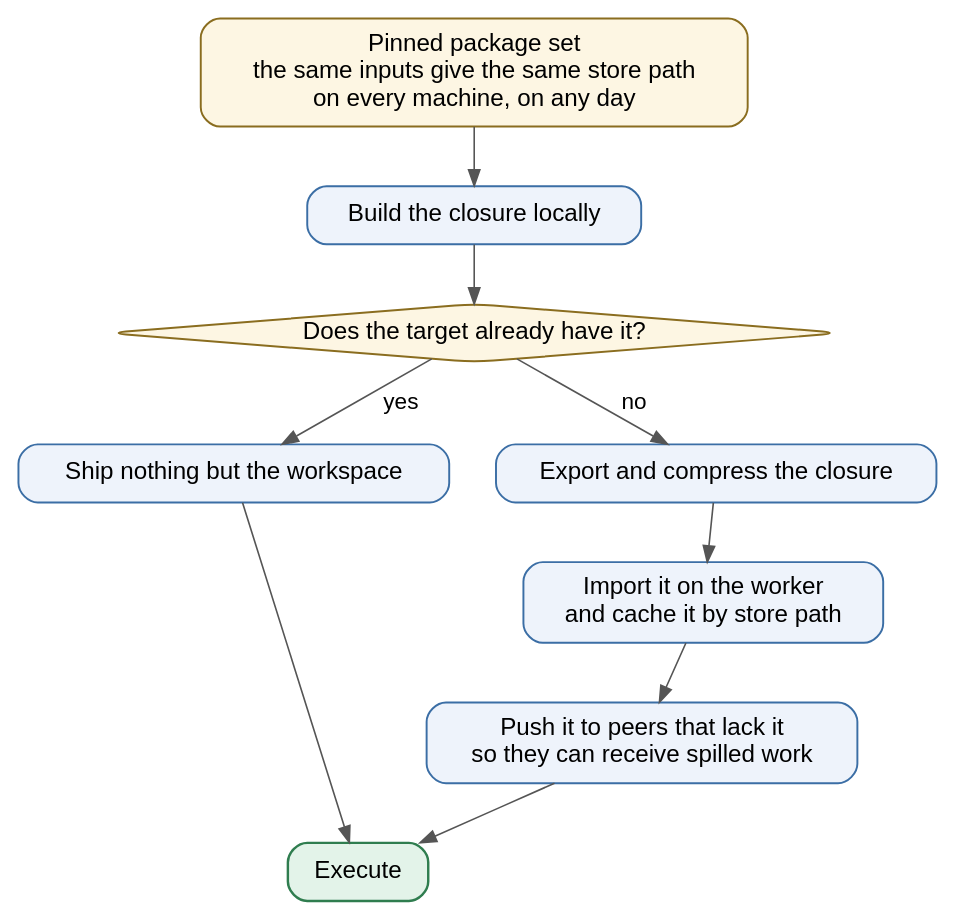
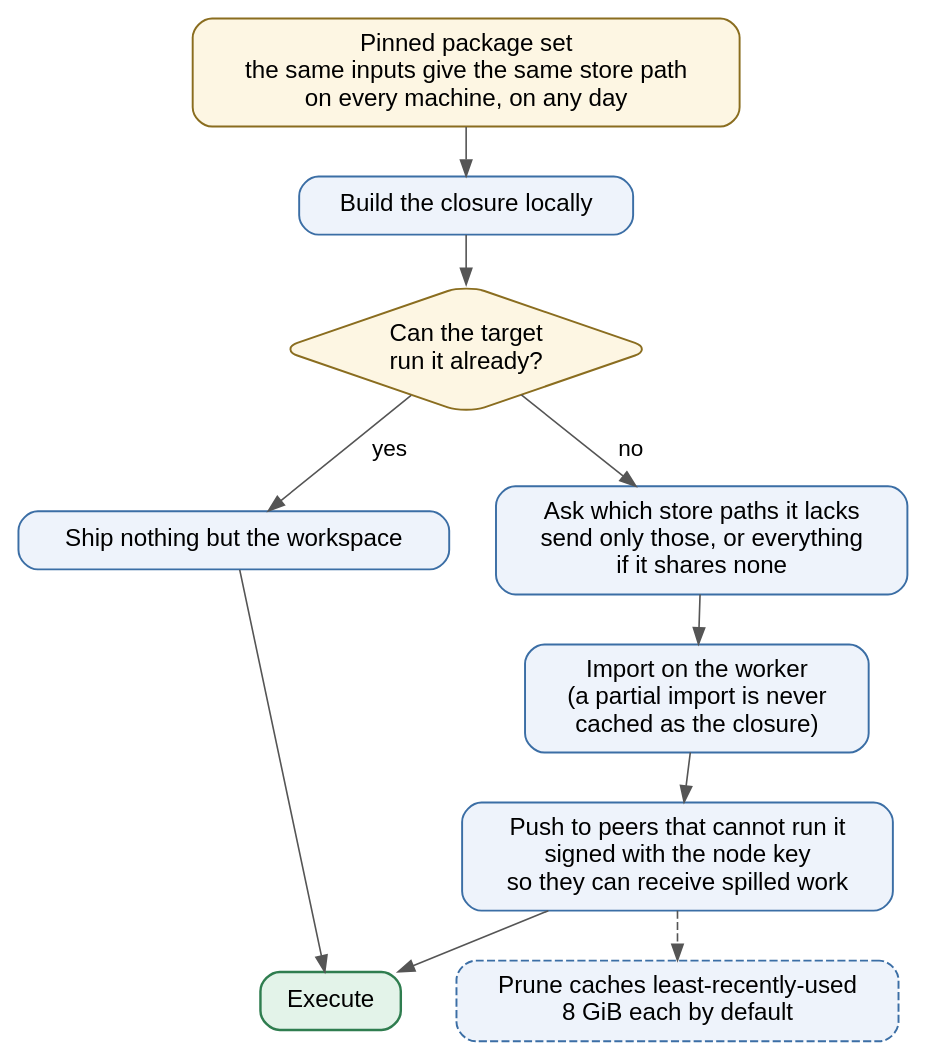
The diagram in docs/diagrams/src/fig_4.6_closure_cache.dot (vinayakyadav2709/Pipedpeer), drawn with Graphviz before and after one commit. The commit also changed 72 other files, not shown here.

```diff
--- a/docs/diagrams/src/fig_4.6_closure_cache.dot
+++ b/docs/diagrams/src/fig_4.6_closure_cache.dot
@@ -1,27 +1,29 @@
-// Figure 4.4 - Closure transfer: the store path is the cluster-wide cache key.
-// Two columns rather than one, so the figure is not a full page tall.
+// Figure 4.6 - Closure transfer: the store path is the cache key, and the
+// store path is also the unit of transfer.
 digraph ClosureCache {
-  rankdir=TB; bgcolor="white"; nodesep=0.40; ranksep=0.48;
+  rankdir=TB; bgcolor="white"; nodesep=0.40; ranksep=0.42;
   node [fontname="Helvetica", fontsize=15, shape=box, style="rounded,filled",
         fillcolor="#eef3fb", color="#3b6ea5", penwidth=1.2, margin="0.18,0.11"];
   edge [fontname="Helvetica", fontsize=14, color="#555555"];
 
   pin  [label="Pinned package set\nthe same inputs give the same store path\non every machine, on any day",
         fillcolor="#fdf6e3", color="#8a6d1f"];
   bld  [label="Build the closure locally"];
-  ask  [label="Does the target already have it?", shape=diamond,
+  ask  [label="Can the target\nrun it already?", shape=diamond,
         fillcolor="#fdf6e3", color="#8a6d1f", margin="0.04"];
   skip [label="Ship nothing but the workspace"];
-  exp  [label="Export and compress the closure"];
-  imp  [label="Import it on the worker\nand cache it by store path"];
-  bcast[label="Push it to peers that lack it\nso they can receive spilled work"];
+  diff [label="Ask which store paths it lacks\nsend only those, or everything\nif it shares none"];
+  imp  [label="Import on the worker\n(a partial import is never\ncached as the closure)"];
+  bcast[label="Push to peers that cannot run it\nsigned with the node key\nso they can receive spilled work"];
+  prune[label="Prune caches least-recently-used\n8 GiB each by default", style="rounded,filled,dashed"];
   run  [label="Execute", fillcolor="#e3f3e9", color="#2f7d4f", penwidth=1.5];
 
   pin -> bld -> ask;
   ask -> skip [label="  yes  "];
-  ask -> exp  [label="  no  "];
-  exp -> imp -> bcast;
+  ask -> diff [label="  no  "];
+  diff -> imp -> bcast;
+  bcast -> prune [style=dashed];
   skip -> run;
   bcast -> run;
-  { rank=same; skip; exp; }
+  { rank=same; skip; diff; }
 }
```
